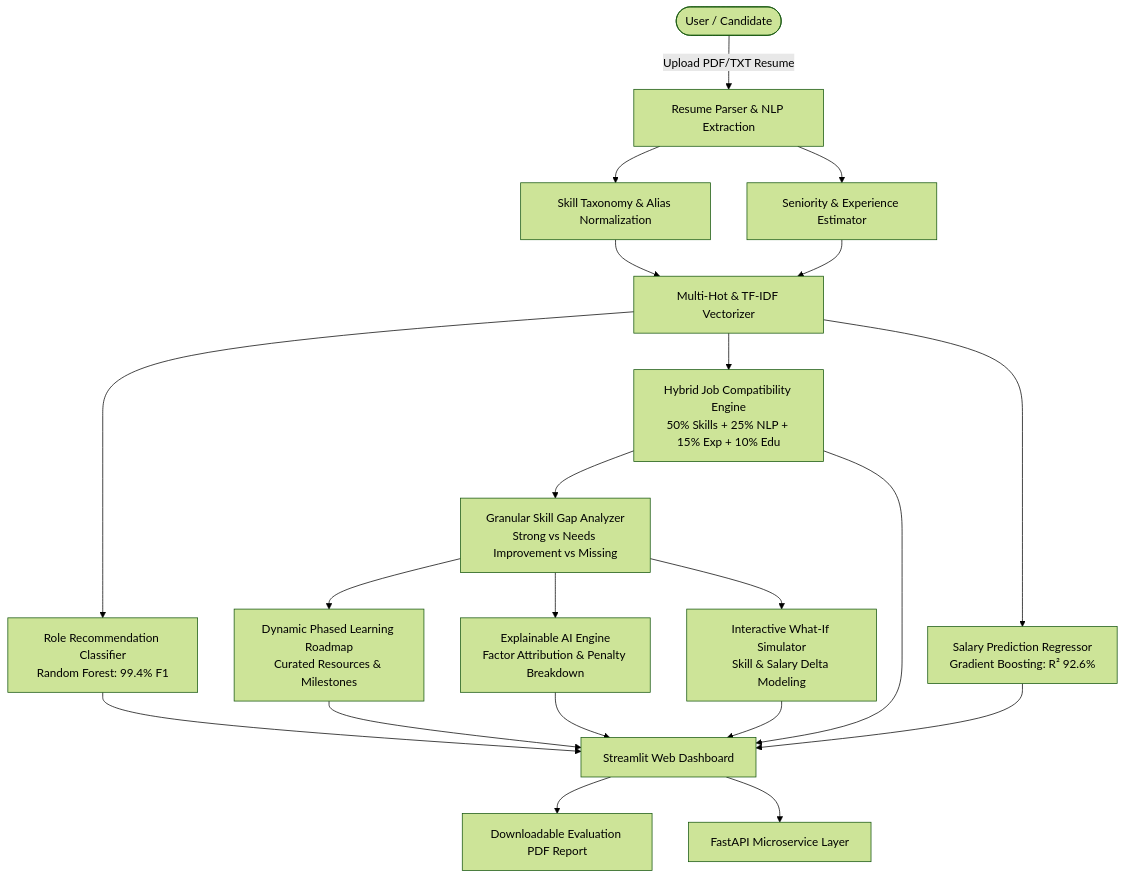
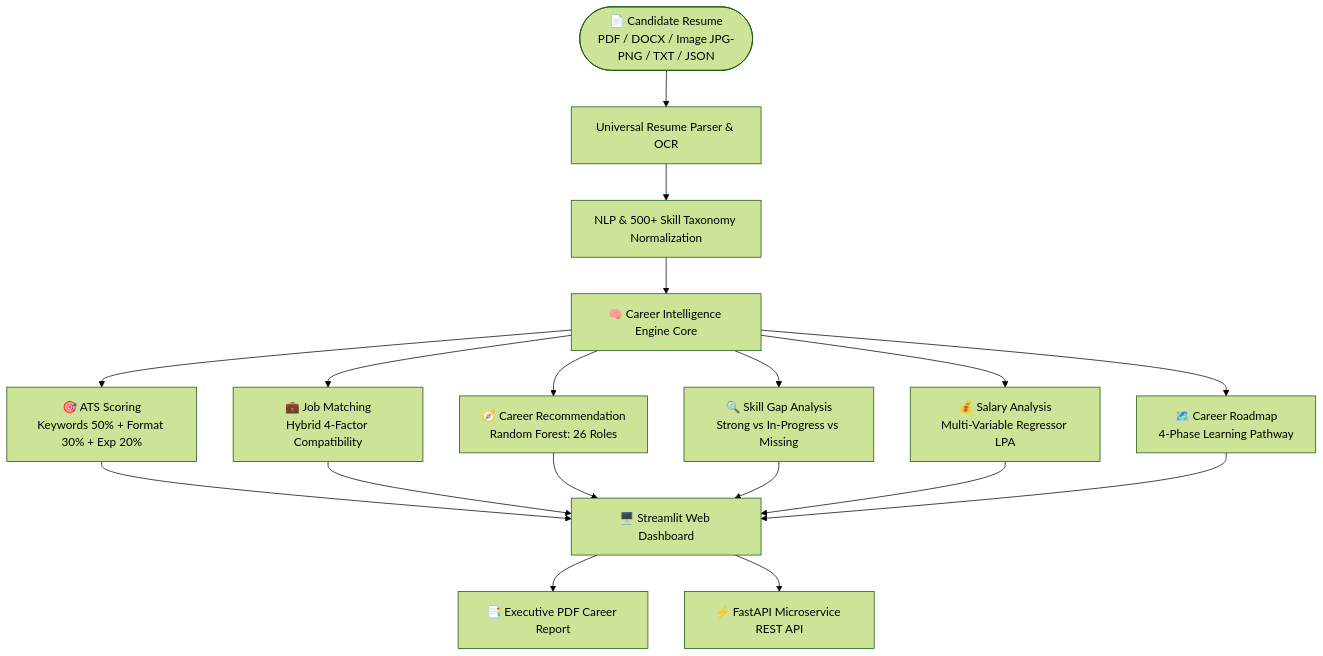
Before and after one commit to GITomprasad/Career-Intelligence-Engine: the first of 2 diagrams in README.md, drawn with Mermaid (forest theme). The commit also changed other lines of this file and 11 other files, not shown here.

````diff
--- a/README.md
+++ b/README.md
@@ -16,29 +84,17 @@
 ```mermaid
 flowchart TD
-    User([User / Candidate]) -->|Upload PDF/TXT Resume| Parser[Resume Parser & NLP Extraction]
-    Parser --> Extractor[Skill Taxonomy & Alias Normalization]
-    Parser --> ExpAnalyzer[Seniority & Experience Estimator]
+    Resume([📄 Candidate Resume\nPDF / DOCX / Image JPG-PNG / TXT / JSON]) --> Parser[Universal Resume Parser & OCR]
+    Parser --> NLP[NLP & 500+ Skill Taxonomy Normalization]
+    NLP --> Engine[🧠 Career Intelligence Engine Core]
     
-    Extractor --> Vectorizer[Multi-Hot & TF-IDF Vectorizer]
-    ExpAnalyzer --> Vectorizer
+    Engine --> ATS[🎯 ATS Scoring\nKeywords 50% + Format 30% + Exp 20%]
+    Engine --> Match[💼 Job Matching\nHybrid 4-Factor Compatibility]
+    Engine --> Rec[🧭 Career Recommendation\nRandom Forest: 26 Roles]
+    Engine --> Gap[🔍 Skill Gap Analysis\nStrong vs In-Progress vs Missing]
+    Engine --> Sal[💰 Salary Analysis\nMulti-Variable Regressor LPA]
+    Engine --> Road[🗺️ Career Roadmap\n4-Phase Learning Pathway]
     
-    Vectorizer --> Classifier[Role Recommendation Classifier\nRandom Forest: 99.4% F1]
-    Vectorizer --> Matcher[Hybrid Job Compatibility Engine\n50% Skills + 25% NLP + 15% Exp + 10% Edu]
-    Vectorizer --> Regressor[Salary Prediction Regressor\nGradient Boosting: R² 92.6%]
-    
-    Matcher --> Gap[Granular Skill Gap Analyzer\nStrong vs Needs Improvement vs Missing]
-    Gap --> Roadmap[Dynamic Phased Learning Roadmap\nCurated Resources & Milestones]
-    
-    Gap --> XAI[Explainable AI Engine\nFactor Attribution & Penalty Breakdown]
-    Gap --> Simulator[Interactive What-If Simulator\nSkill & Salary Delta Modeling]
-    
-    Classifier --> Dashboard[Streamlit Web Dashboard]
-    Matcher --> Dashboard
-    Regressor --> Dashboard
-    Roadmap --> Dashboard
-    XAI --> Dashboard
-    Simulator --> Dashboard
-    
-    Dashboard --> PDF[Downloadable Evaluation PDF Report]
-    Dashboard --> API[FastAPI Microservice Layer]
+    ATS & Match & Rec & Gap & Sal & Road --> Dashboard[🖥️ Streamlit Web Dashboard]
+    Dashboard --> PDF[📑 Executive PDF Career Report]
+    Dashboard --> API[⚡ FastAPI Microservice REST API]
 ```
````
